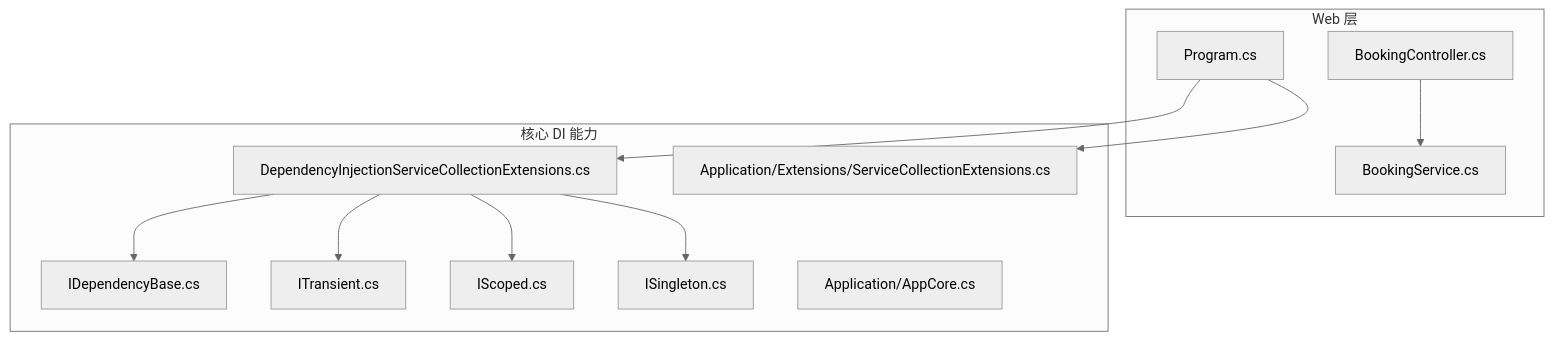
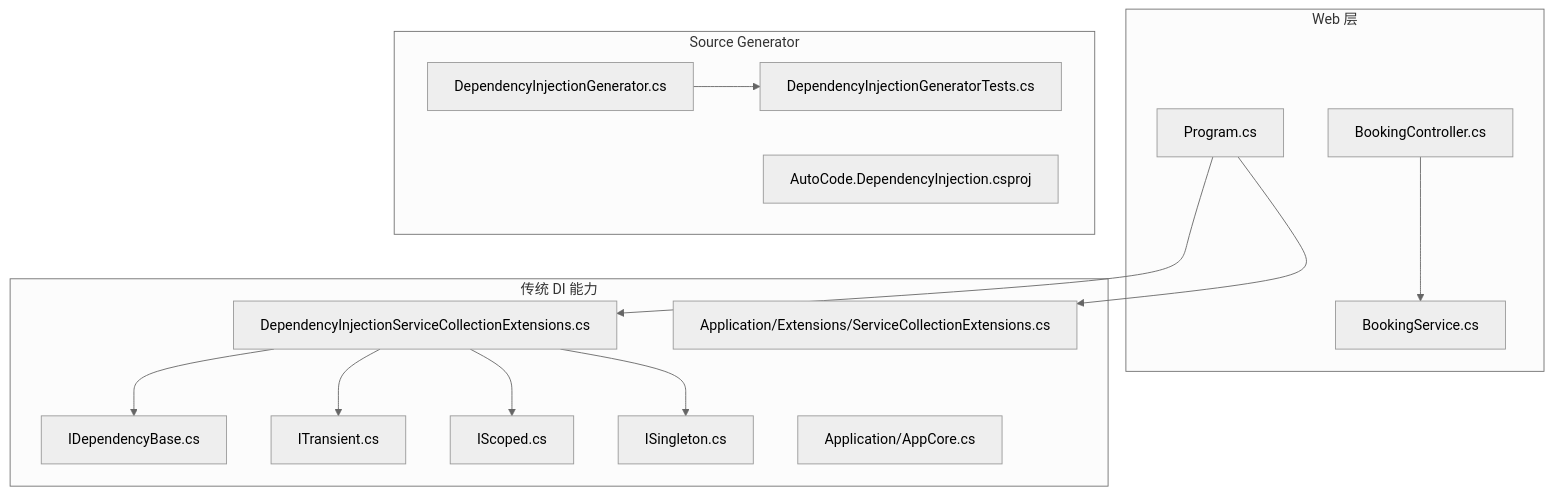
The first of 8 diagrams in .qoder/repowiki/zh/content/核心概念/依赖注入集成.md (alivy/AutoCode), drawn with Mermaid (neutral theme) before and after one commit. The commit also changed other lines of this file and 152 other files, not shown here.

````diff
--- a/.qoder/repowiki/zh/content/核心概念/依赖注入集成.md
+++ b/.qoder/repowiki/zh/content/核心概念/依赖注入集成.md
@@ -40,24 +54,30 @@
 ```mermaid
 graph TB
 subgraph "Web 层"
 P["Program.cs"]
 C["BookingController.cs"]
 S["BookingService.cs"]
 end
-subgraph "核心 DI 能力"
+subgraph "传统 DI 能力"
 Ext["DependencyInjectionServiceCollectionExtensions.cs"]
 Base["IDependencyBase.cs"]
 T["ITransient.cs"]
 Sc["IScoped.cs"]
 Si["ISingleton.cs"]
 AppExt["Application/Extensions/ServiceCollectionExtensions.cs"]
 AppCore["Application/AppCore.cs"]
 end
+subgraph "Source Generator"
+Gen["DependencyInjectionGenerator.cs"]
+Proj["AutoCode.DependencyInjection.csproj"]
+Test["DependencyInjectionGeneratorTests.cs"]
+end
 P --> Ext
 P --> AppExt
 C --> S
 Ext --> Base
 Ext --> T
 Ext --> Sc
 Ext --> Si
+Gen --> Test
 ```
````
